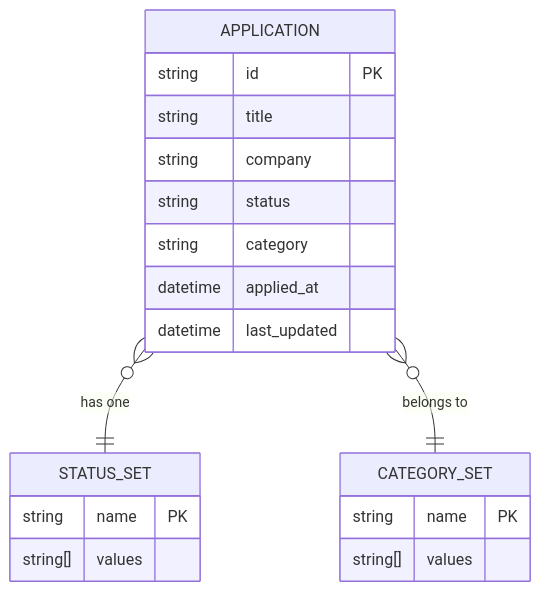
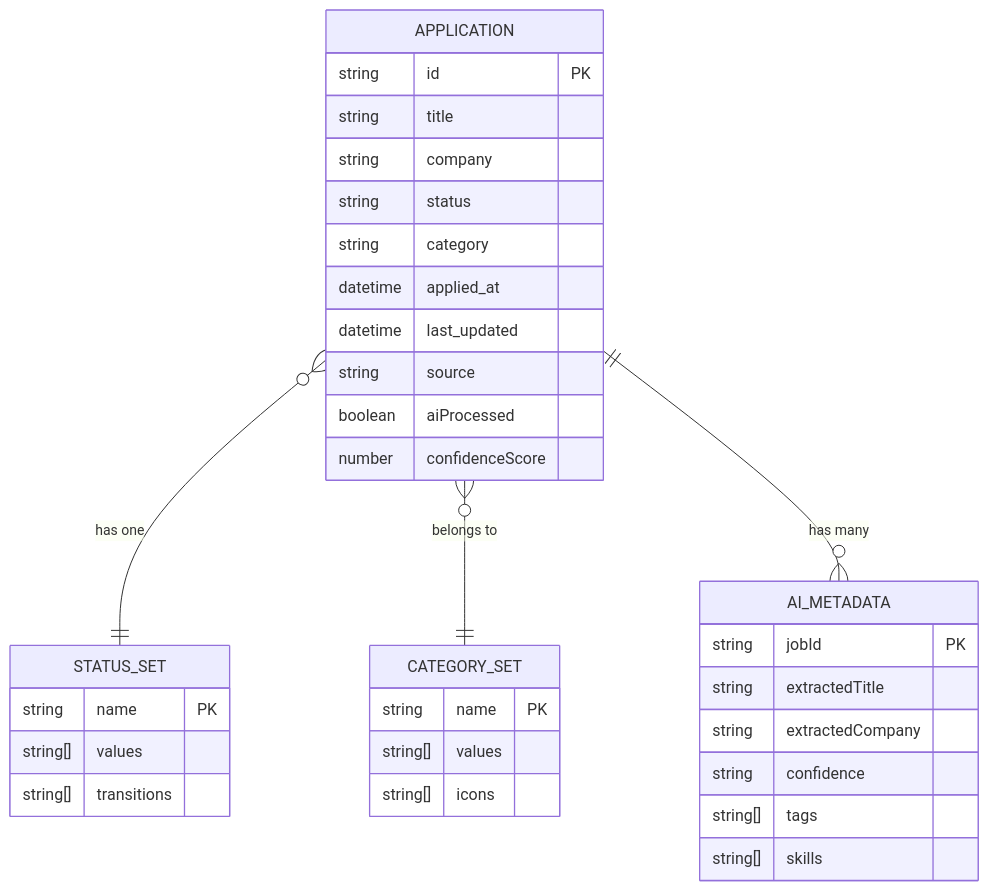
The seventh of 12 diagrams in .qoder/repowiki/en/content/Core Features/Job Application Management.md (zmyeo54/briefroom), drawn with Mermaid before and after one commit. The commit also changed other lines of this file and 37 other files, not shown here.

First line of the commit message:
feat(job-application): enhance job metadata extraction and processing capabilities

````diff
--- a/.qoder/repowiki/en/content/Core Features/Job Application Management.md
+++ b/.qoder/repowiki/en/content/Core Features/Job Application Management.md
@@ -332,22 +369,36 @@
 ```mermaid
 erDiagram
 APPLICATION {
 string id PK
 string title
 string company
 string status
 string category
 datetime applied_at
 datetime last_updated
+string source
+boolean aiProcessed
+number confidenceScore
 }
 STATUS_SET {
 string name PK
 string[] values
+string[] transitions
 }
 CATEGORY_SET {
 string name PK
 string[] values
+string[] icons
+}
+AI_METADATA {
+string jobId PK
+string extractedTitle
+string extractedCompany
+string confidence
+string[] tags
+string[] skills
 }
 APPLICATION }o--|| STATUS_SET : "has one"
 APPLICATION }o--|| CATEGORY_SET : "belongs to"
+APPLICATION ||--o{ AI_METADATA : "has many"
 ```
````
